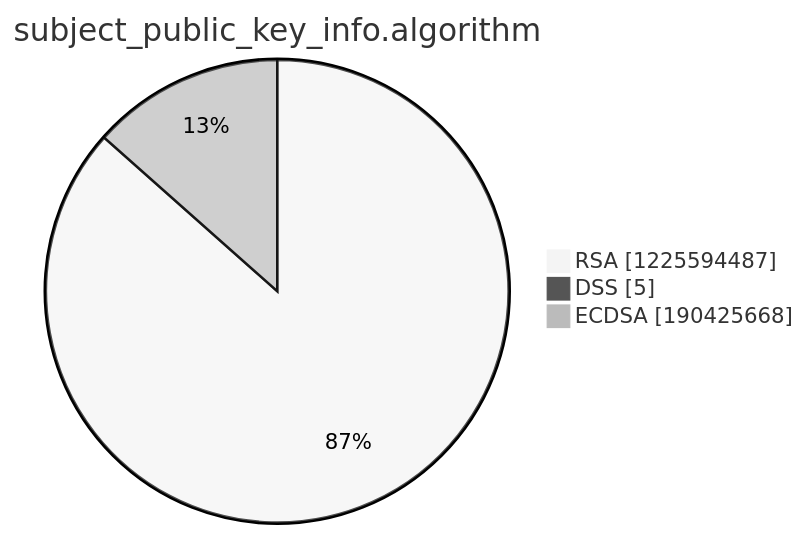
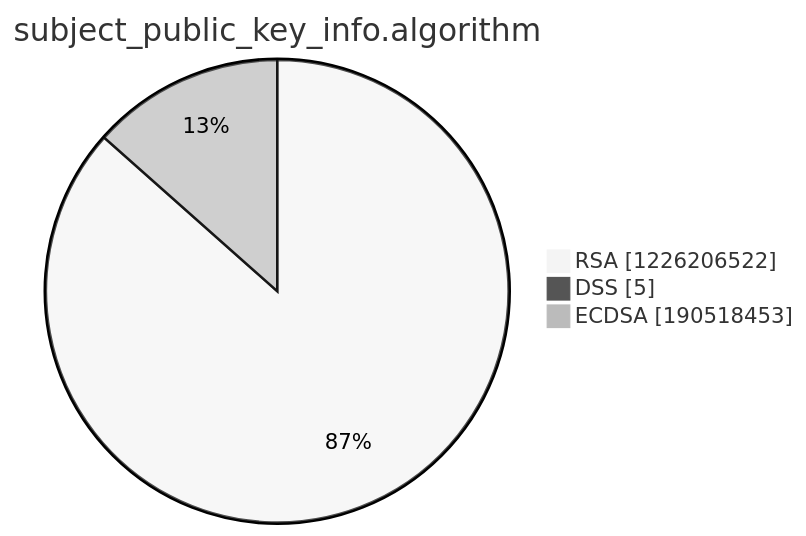
The third of 15 diagrams in argon2022/README.md (christiankrug/ctmonitor_visualization), drawn with Mermaid (neutral theme) before and after one commit. The commit also changed other lines of this file, not shown here.

````diff
--- a/argon2022/README.md
+++ b/argon2022/README.md
@@ -14,7 +14,7 @@
 ```mermaid
 pie showData
 title subject_public_key_info.algorithm
-"RSA" :1225594487
+"RSA" :1226206522
 "DSS" :5
-"ECDSA" :190425668
+"ECDSA" :190518453
 ```
````
